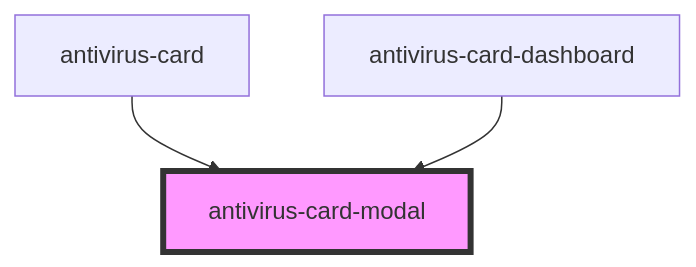
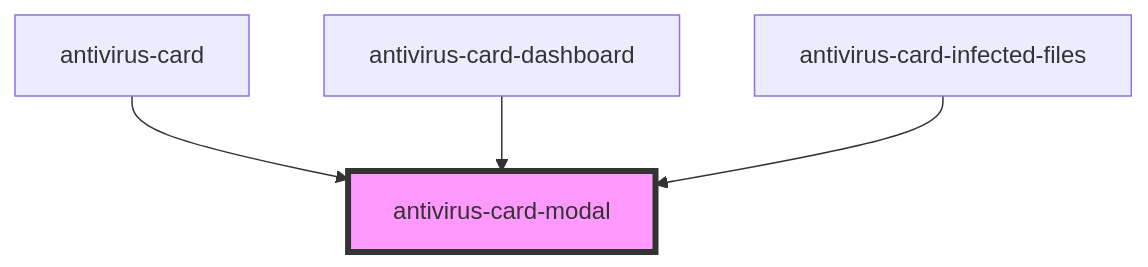
Before and after one commit to ispsystem/plugin-imunify: the diagram in client/packages/antivirus-card/src/components/modal/readme.md, drawn with Mermaid. The commit also changed other lines of this file and 3 other files, not shown here.

````diff
--- a/client/packages/antivirus-card/src/components/modal/readme.md
+++ b/client/packages/antivirus-card/src/components/modal/readme.md
@@ -37,6 +39,7 @@
 ```mermaid
 graph TD;
   antivirus-card --> antivirus-card-modal
   antivirus-card-dashboard --> antivirus-card-modal
+  antivirus-card-infected-files --> antivirus-card-modal
   style antivirus-card-modal fill:#f9f,stroke:#333,stroke-width:4px
 ```
````
